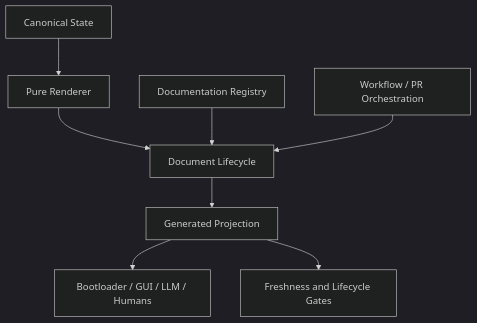
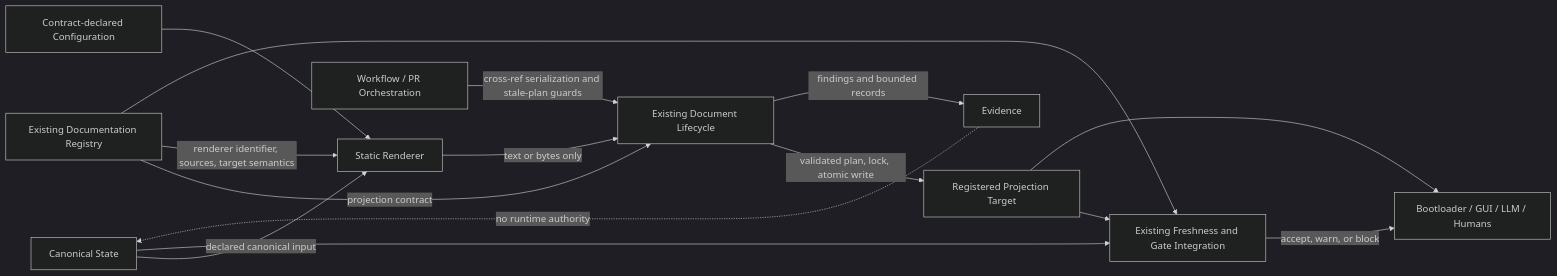
One commit to vfi64/agentic-project-kit-dpa-lab changed the diagram in diagrams/architecture.mmd. Above: the diagram before and after it, drawn with Mermaid (dark theme).

Commit message:
Align architecture diagram with DPA foundation model

```diff
--- a/diagrams/architecture.mmd
+++ b/diagrams/architecture.mmd
@@ -1,8 +1,15 @@
-flowchart TD
-  State[Canonical State] --> Renderer[Pure Renderer]
-  Renderer --> Lifecycle[Document Lifecycle]
-  Registry[Documentation Registry] --> Lifecycle
-  Lifecycle --> Projection[Generated Projection]
-  Workflow[Workflow / PR Orchestration] --> Lifecycle
-  Projection --> Readers[Bootloader / GUI / LLM / Humans]
-  Projection --> Gates[Freshness and Lifecycle Gates]
+flowchart LR
+  CS[Canonical State] -->|declared canonical input| R[Static Renderer]
+  REG[Existing Documentation Registry] -->|projection contract| LC[Existing Document Lifecycle]
+  REG -->|renderer identifier, sources, target semantics| R
+  CFG[Contract-declared Configuration] --> R
+  R -->|text or bytes only| LC
+  LC -->|validated plan, lock, atomic write| T[Registered Projection Target]
+  WF[Workflow / PR Orchestration] -->|cross-ref serialization and stale-plan guards| LC
+  LC -->|findings and bounded records| E[Evidence]
+  E -. no runtime authority .-> CS
+  CS --> FG[Existing Freshness and Gate Integration]
+  REG --> FG
+  T --> FG
+  T --> C[Bootloader / GUI / LLM / Humans]
+  FG -->|accept, warn, or block| C
```
